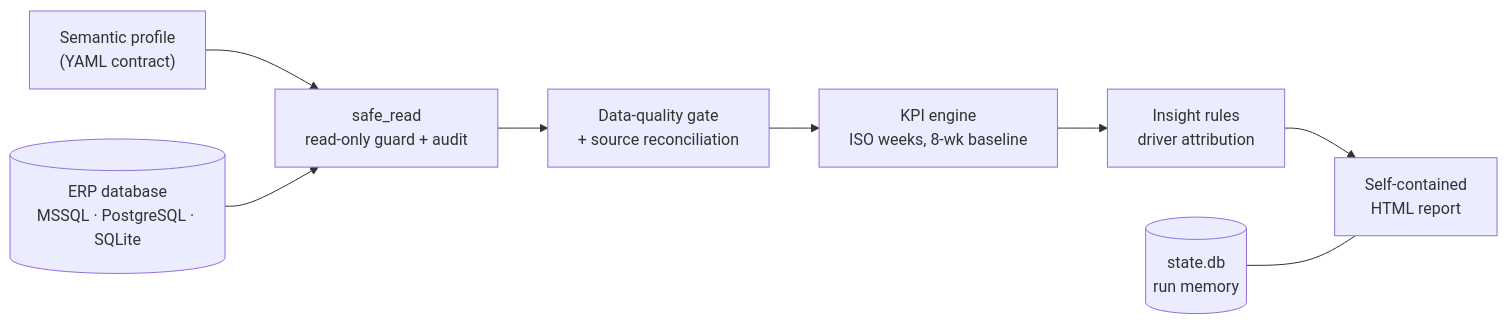
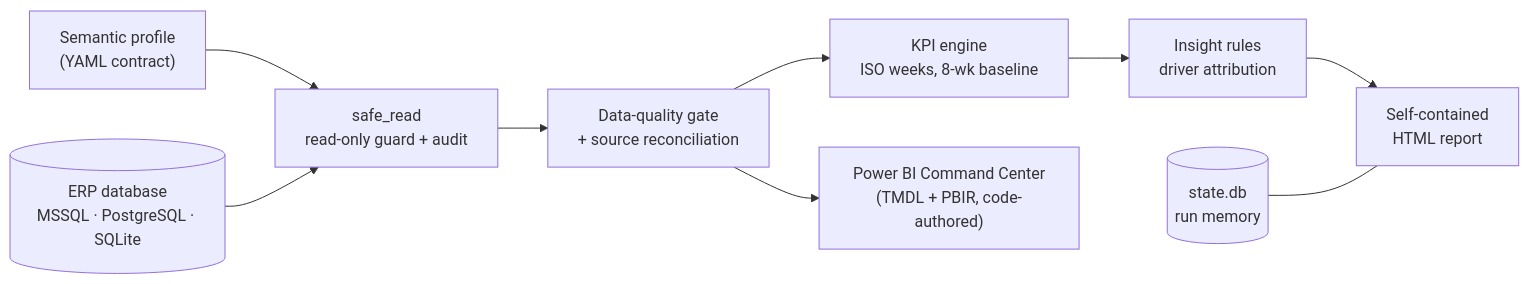
The diagram in README.md (gulmezeren2-byte/erp-report-engine), drawn with Mermaid before and after one commit. The commit also changed other lines of this file and 73 other files, not shown here.

First line of the commit message:
Add the Power BI Command Center: PBIP project authored as code

````diff
--- a/README.md
+++ b/README.md
@@ -46,15 +46,16 @@
 ```mermaid
 flowchart LR
     DB[("ERP database<br/>MSSQL · PostgreSQL · SQLite")]
     PROF["Semantic profile<br/>(YAML contract)"]
     GUARD["safe_read<br/>read-only guard + audit"]
     GATE["Data-quality gate<br/>+ source reconciliation"]
     KPI["KPI engine<br/>ISO weeks, 8-wk baseline"]
     INS["Insight rules<br/>driver attribution"]
     HTML["Self-contained<br/>HTML report"]
     STATE[("state.db<br/>run memory")]
 
     PROF --> GUARD
     DB --> GUARD --> GATE --> KPI --> INS --> HTML
     STATE --- HTML
+    GATE --> PBI["Power BI Command Center<br/>(TMDL + PBIR, code-authored)"]
 ```
````
